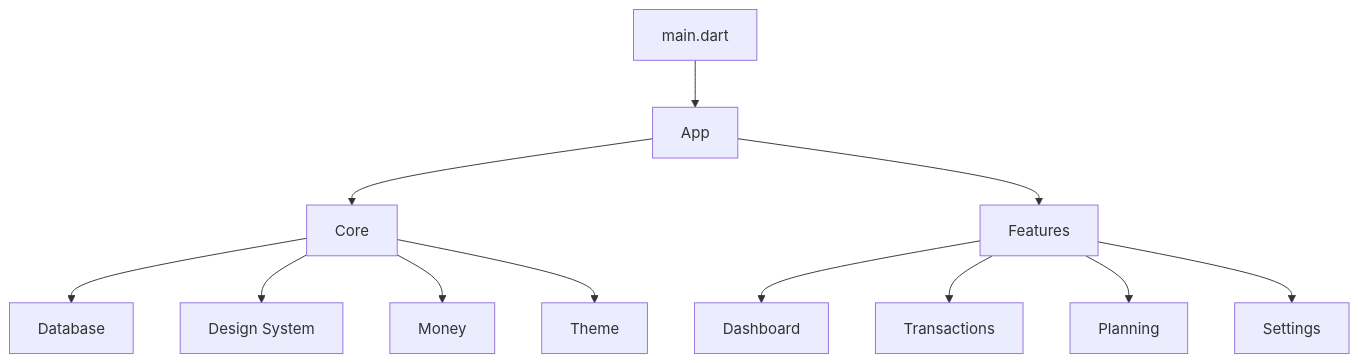
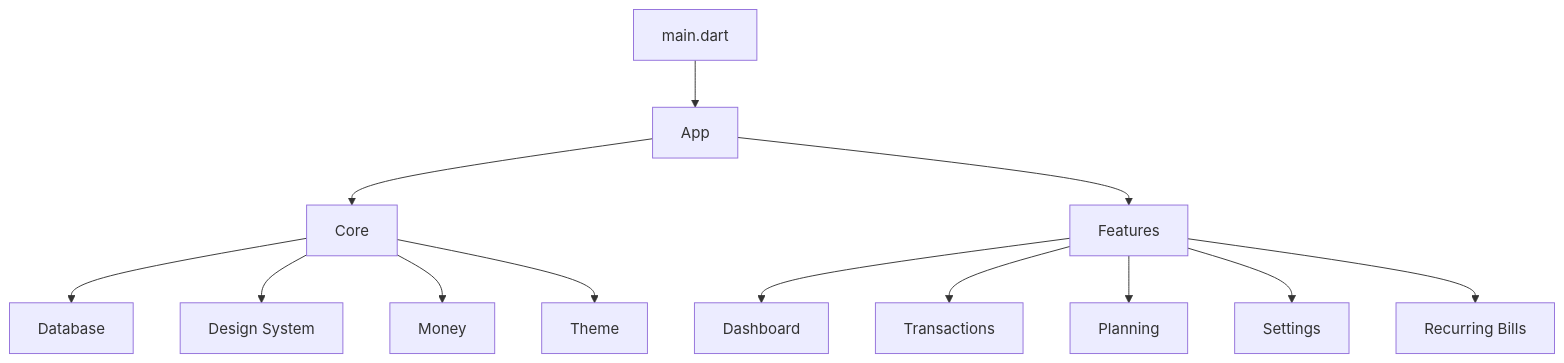
One commit to matheusamaro-dev/nexus-finance changed the diagram in README.md. Above: the diagram before and after it, drawn with Mermaid. The commit also changed other lines of this file and 16 other files, not shown here.

````diff
--- a/README.md
+++ b/README.md
@@ -56,14 +56,15 @@
 ```mermaid
 flowchart TD
     A[main.dart] --> B[App]
     B --> C[Core]
     B --> D[Features]
     C --> C1[Database]
     C --> C2[Design System]
     C --> C3[Money]
     C --> C4[Theme]
     D --> D1[Dashboard]
     D --> D2[Transactions]
     D --> D3[Planning]
     D --> D4[Settings]
+    D --> D5[Recurring Bills]
 ```
````
